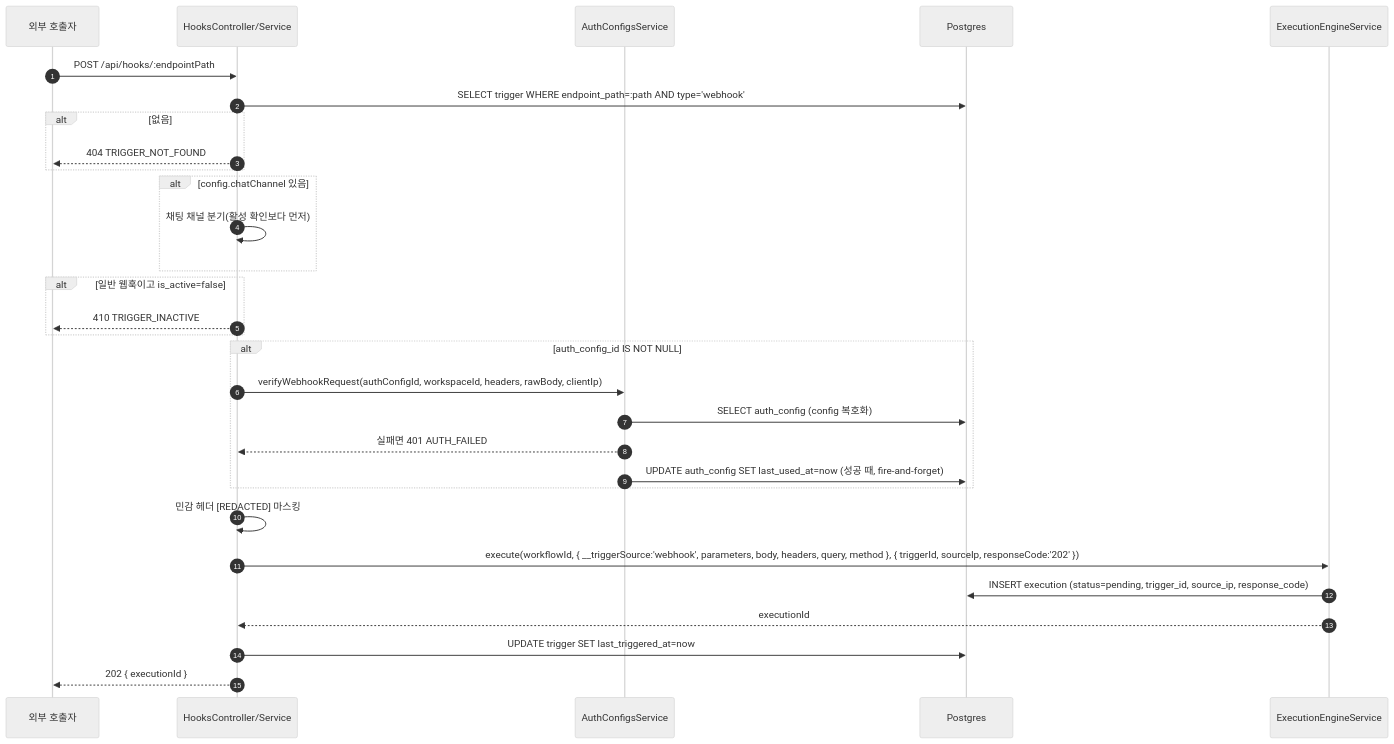
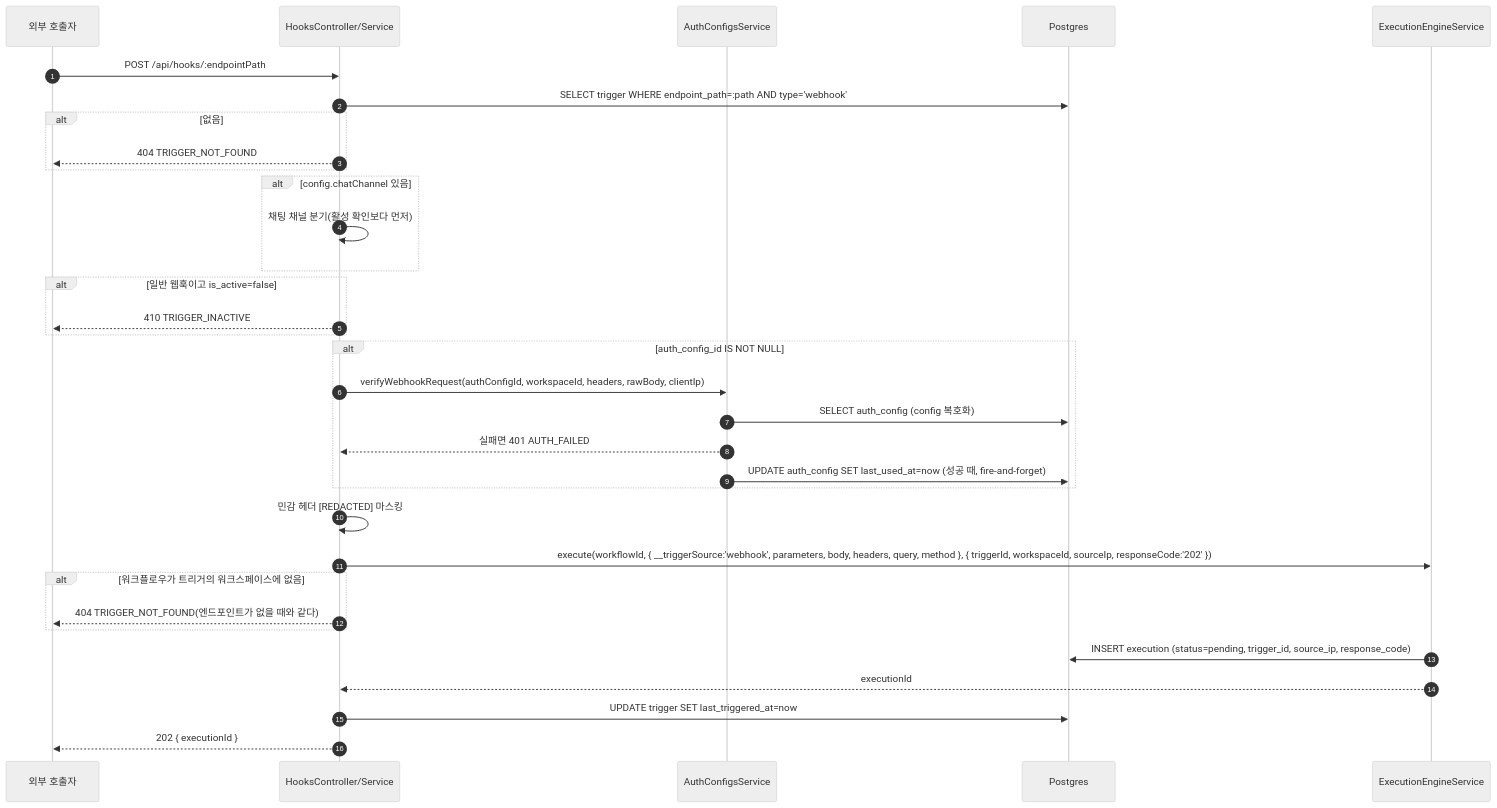
Before and after one commit to worker-ants/clemvion: the third of 6 diagrams in spec/CLE-TRIG/CLE-TRIG-DATA.md, drawn with Mermaid (neutral theme). The commit also changed other lines of this file and 31 other files, not shown here.

First line of the commit message:
저장된 트리거 · 스케줄이 다른 워크스페이스의 워크플로우를 실행하지 못하게 한다 (CLE-T-XYR067) (#1495)

````diff
--- a/spec/CLE-TRIG/CLE-TRIG-DATA.md
+++ b/spec/CLE-TRIG/CLE-TRIG-DATA.md
@@ -232,32 +232,35 @@
 ```mermaid
 sequenceDiagram
     autonumber
     participant Ext as 외부 호출자
     participant Hk as HooksController/Service
     participant AC as AuthConfigsService
     participant PG as Postgres
     participant Eng as ExecutionEngineService
     Ext->>Hk: POST /api/hooks/:endpointPath
     Hk->>PG: SELECT trigger WHERE endpoint_path=:path AND type='webhook'
     alt 없음
         Hk-->>Ext: 404 TRIGGER_NOT_FOUND
     end
     alt config.chatChannel 있음
         Hk->>Hk: 채팅 채널 분기(활성 확인보다 먼저)
     end
     alt 일반 웹훅이고 is_active=false
         Hk-->>Ext: 410 TRIGGER_INACTIVE
     end
     alt auth_config_id IS NOT NULL
         Hk->>AC: verifyWebhookRequest(authConfigId, workspaceId, headers, rawBody, clientIp)
         AC->>PG: SELECT auth_config (config 복호화)
         AC-->>Hk: 실패면 401 AUTH_FAILED
         AC->>PG: UPDATE auth_config SET last_used_at=now (성공 때, fire-and-forget)
     end
     Hk->>Hk: 민감 헤더 [REDACTED] 마스킹
-    Hk->>Eng: execute(workflowId, { __triggerSource:'webhook', parameters, body, headers, query, method }, { triggerId, sourceIp, responseCode:'202' })
+    Hk->>Eng: execute(workflowId, { __triggerSource:'webhook', parameters, body, headers, query, method }, { triggerId, workspaceId, sourceIp, responseCode:'202' })
+    alt 워크플로우가 트리거의 워크스페이스에 없음
+        Hk-->>Ext: 404 TRIGGER_NOT_FOUND(엔드포인트가 없을 때와 같다)
+    end
     Eng->>PG: INSERT execution (status=pending, trigger_id, source_ip, response_code)
     Eng-->>Hk: executionId
     Hk->>PG: UPDATE trigger SET last_triggered_at=now
     Hk-->>Ext: 202 { executionId }
 ```
````
